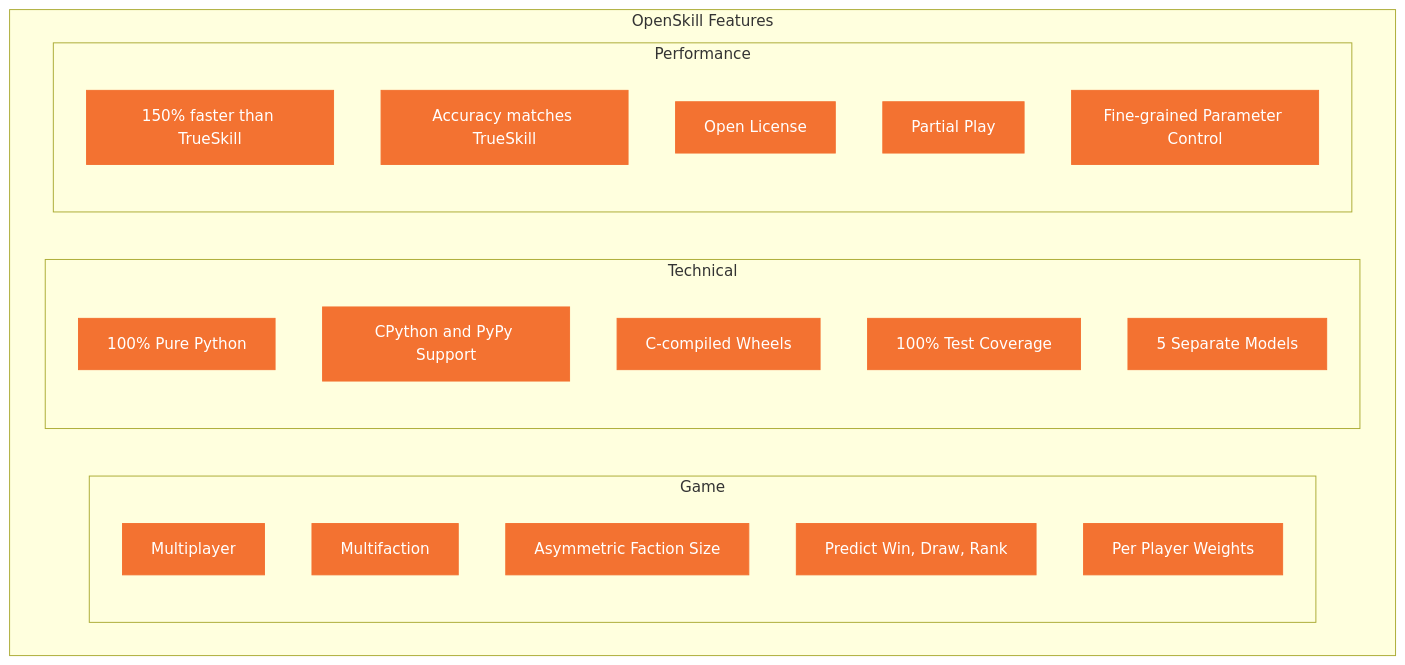
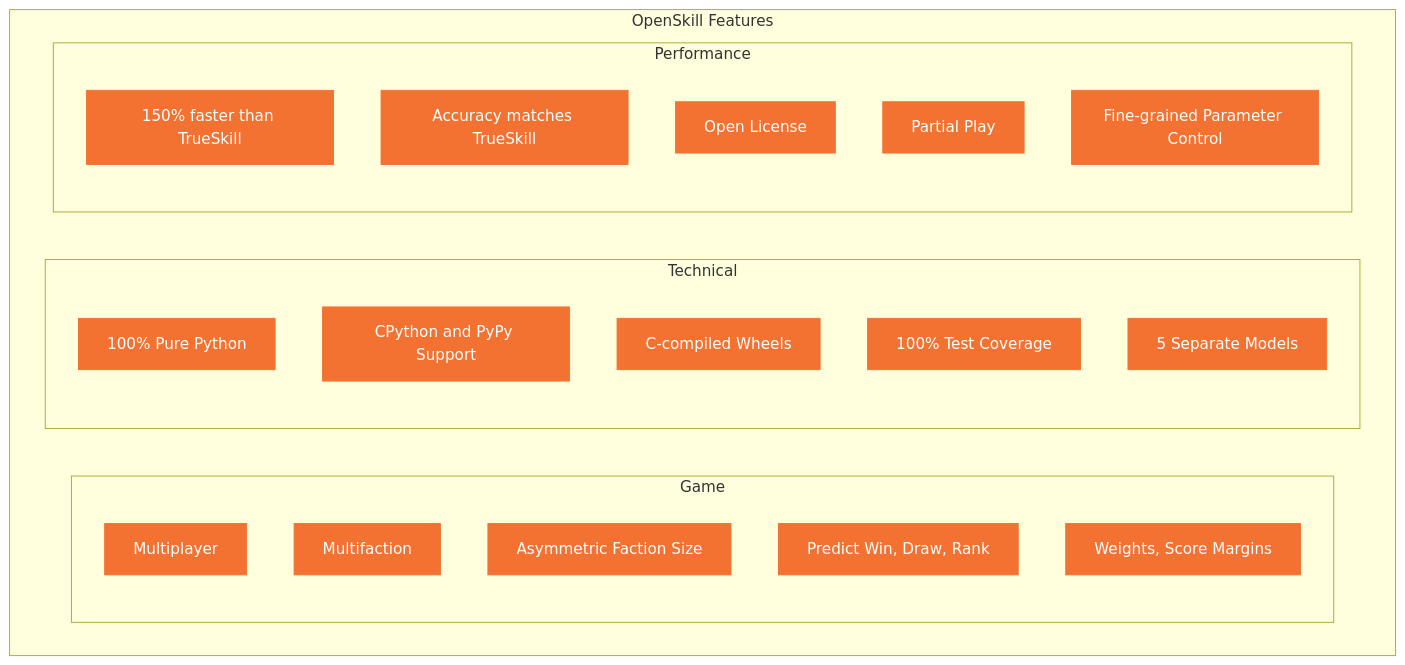
One commit to vivekjoshy/openskill.py changed the diagram in README.md. Above: the diagram before and after it, drawn with Mermaid. The commit also changed 25 other files, not shown here.

First line of the commit message:
Score Margins (#165)

````diff
--- a/README.md
+++ b/README.md
@@ -61,48 +61,48 @@
 ```mermaid
 graph TD
     subgraph OpenSkill["OpenSkill Features"]
 
     subgraph Game["Game"]
     GF1[Multiplayer]
     GF2[Multifaction]
     GF3[Asymmetric Faction Size]
     GF4[Predict Win, Draw, Rank]
-    GF5[Per Player Weights]
+    GF5[Weights, Score Margins]
     end
 
     subgraph Technical["Technical"]
     TF1[100% Pure Python]
     TF2[CPython and PyPy Support]
     TF3[C-compiled Wheels]
     TF4[100% Test Coverage]
     TF5[5 Separate Models]
     end
 
     subgraph Performance["Performance"]
     PF1[150% faster than TrueSkill]
     PF2[Accuracy matches TrueSkill]
     PF3[Open License]
     PF4[Partial Play]
     PF5[Fine-grained Parameter Control]
     end
 
     end
 
     style GF1 fill:#f37231,color:#ffffff,stroke:#f37231
     style GF2 fill:#f37231,color:#ffffff,stroke:#f37231
     style GF3 fill:#f37231,color:#ffffff,stroke:#f37231
     style GF4 fill:#f37231,color:#ffffff,stroke:#f37231
     style GF5 fill:#f37231,color:#ffffff,stroke:#f37231
 
     style TF1 fill:#f37231,color:#ffffff,stroke:#f37231
     style TF2 fill:#f37231,color:#ffffff,stroke:#f37231
     style TF3 fill:#f37231,color:#ffffff,stroke:#f37231
     style TF4 fill:#f37231,color:#ffffff,stroke:#f37231
     style TF5 fill:#f37231,color:#ffffff,stroke:#f37231
 
     style PF1 fill:#f37231,color:#ffffff,stroke:#f37231
     style PF2 fill:#f37231,color:#ffffff,stroke:#f37231
     style PF3 fill:#f37231,color:#ffffff,stroke:#f37231
     style PF4 fill:#f37231,color:#ffffff,stroke:#f37231
     style PF5 fill:#f37231,color:#ffffff,stroke:#f37231
 ```
````
